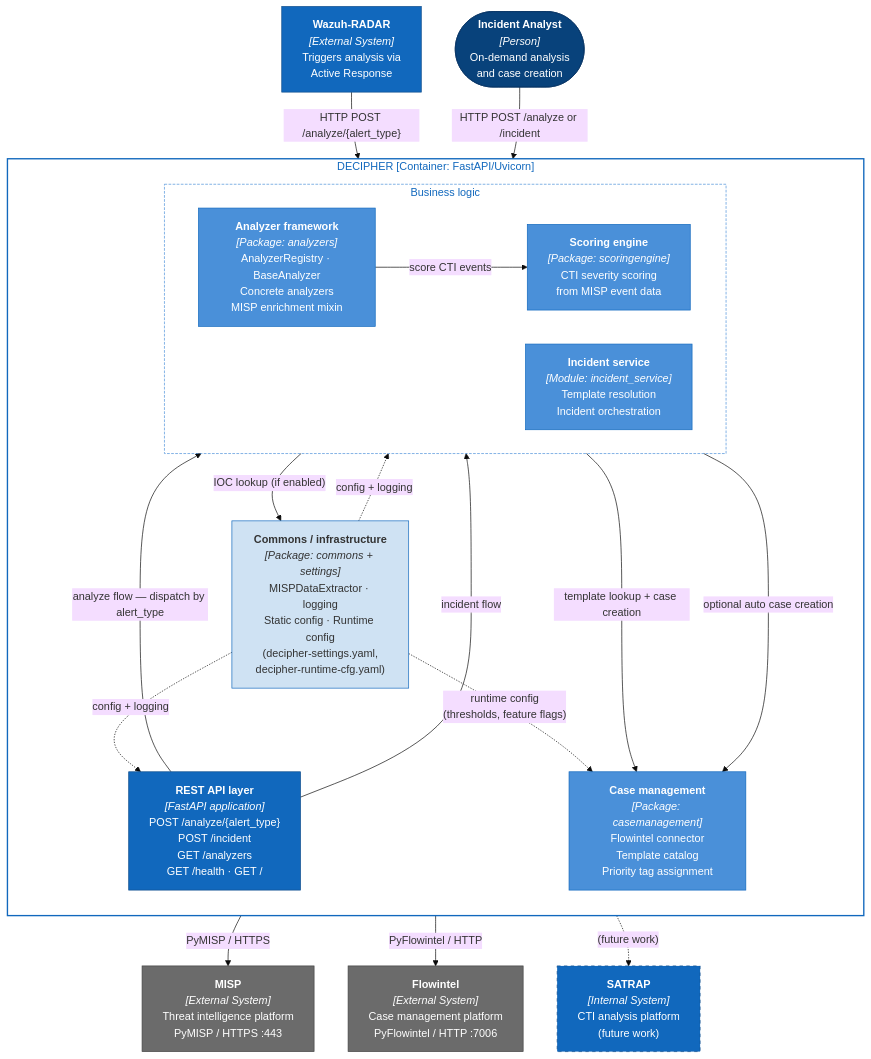
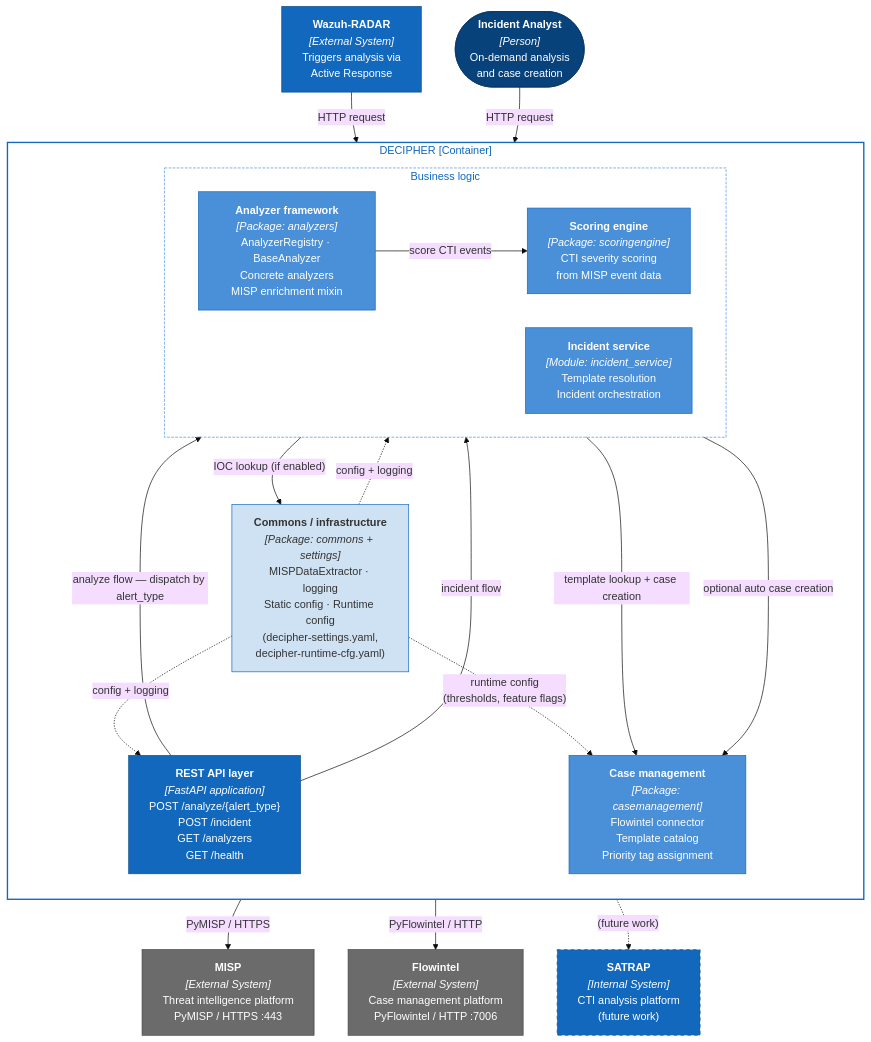
The diagram in docs/specs/ARC/ARC-008.md (AbstractionsLab/satrap-dl), drawn with Mermaid (base theme) before and after one commit. The commit also changed other lines of this file and 70 other files, not shown here.

````diff
--- a/docs/specs/ARC/ARC-008.md
+++ b/docs/specs/ARC/ARC-008.md
@@ -26,62 +26,62 @@
 ```mermaid
 %% C4 Container diagram — DECIPHER functional layers
 
 flowchart TB
 
     radar["<b>Wazuh-RADAR</b><br/><i>[External System]</i><br/>Triggers analysis via<br/>Active Response"]
     analyst(["<b>Incident Analyst</b><br/><i>[Person]</i><br/>On-demand analysis<br/>and case creation"])
     misp["<b>MISP</b><br/><i>[External System]</i><br/>Threat intelligence platform<br/>PyMISP / HTTPS :443"]
     flowintel["<b>Flowintel</b><br/><i>[External System]</i><br/>Case management platform<br/>PyFlowintel / HTTP :7006"]
     satrap["<b>SATRAP</b><br/><i>[Internal System]</i><br/>CTI analysis platform<br/>(future work)"]
 
-    subgraph decipher["DECIPHER [Container: FastAPI/Uvicorn]"]
+    subgraph decipher["DECIPHER [Container]"]
         direction TB
 
-        api_layer["<b>REST API layer</b><br/><i>[FastAPI application]</i><br/>POST /analyze/{alert_type}<br/>POST /incident<br/>GET /analyzers<br/>GET /health  ·  GET /"]
+        api_layer["<b>REST API layer</b><br/><i>[FastAPI application]</i><br/>POST /analyze/{alert_type}<br/>POST /incident<br/>GET /analyzers<br/>GET /health"]
 
         subgraph logic["Business logic"]
             direction LR
             analyzers["<b>Analyzer framework</b><br/><i>[Package: analyzers]</i><br/>AnalyzerRegistry · BaseAnalyzer<br/>Concrete analyzers<br/>MISP enrichment mixin"]
             incident["<b>Incident service</b><br/><i>[Module: incident_service]</i><br/>Template resolution<br/>Incident orchestration"]
             scoring["<b>Scoring engine</b><br/><i>[Package: scoringengine]</i><br/>CTI severity scoring<br/>from MISP event data"]
             analyzers -->|"score CTI events"| scoring
         end
 
         casemanagement["<b>Case management</b><br/><i>[Package: casemanagement]</i><br/>Flowintel connector<br/>Template catalog<br/>Priority tag assignment"]
 
         commons["<b>Commons / infrastructure</b><br/><i>[Package: commons + settings]</i><br/>MISPDataExtractor · logging<br/>Static config · Runtime config<br/>(decipher-settings.yaml,<br/>decipher-runtime-cfg.yaml)"]
     end
 
-    radar       -->|"HTTP POST /analyze/{alert_type}"| api_layer
-    analyst     -->|"HTTP POST /analyze or /incident"| api_layer
+    radar       -->|"HTTP request"| api_layer
+    analyst     -->|"HTTP request"| api_layer
 
     api_layer   -->|"analyze flow — dispatch by alert_type"| analyzers
     api_layer   -->|"incident flow"| incident
 
     analyzers   -->|"IOC lookup (if enabled)"| commons
     incident    -->|"template lookup + case creation"| casemanagement
     analyzers   -->|"optional auto case creation"| casemanagement
 
     commons     -->|"PyMISP / HTTPS"| misp
     casemanagement -->|"PyFlowintel / HTTP"| flowintel
 
     commons     -.->|"config + logging"| api_layer
     commons     -.->|"config + logging"| analyzers
     commons     -.->|"runtime config<br/>(thresholds, feature flags)"| casemanagement
 
     decipher    -.->|"(future work)"| satrap
 
     style radar           fill:#1168bd,color:#fff,stroke:#0e4d8c
     style analyst         fill:#08427b,color:#fff,stroke:#083566
     style misp            fill:#6b6b6b,color:#fff,stroke:#444
     style flowintel       fill:#6b6b6b,color:#fff,stroke:#444
     style satrap          fill:#1168bd,color:#fff,stroke:#0e4d8c,stroke-dasharray:5 5
     style decipher        fill:transparent,stroke:#1168bd,stroke-width:2px,color:#1168bd
     style logic           fill:transparent,stroke:#4a90d9,stroke-width:1px,stroke-dasharray:4 2,color:#1168bd
     style api_layer       fill:#1168bd,color:#fff,stroke:#0e4d8c
     style analyzers       fill:#4a90d9,color:#fff,stroke:#1168bd
     style incident        fill:#4a90d9,color:#fff,stroke:#1168bd
     style scoring         fill:#4a90d9,color:#fff,stroke:#1168bd
     style casemanagement  fill:#4a90d9,color:#fff,stroke:#1168bd
     style commons         fill:#cfe2f3,color:#333,stroke:#1168bd
 ```
````
